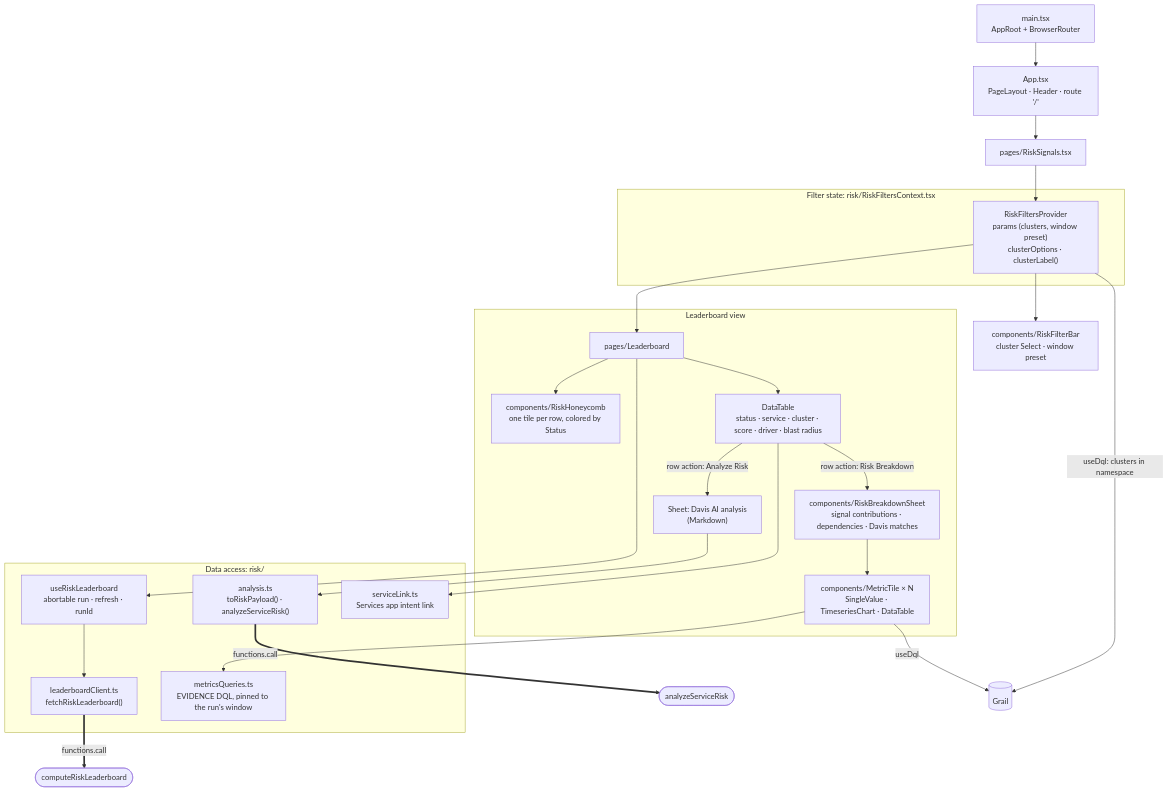
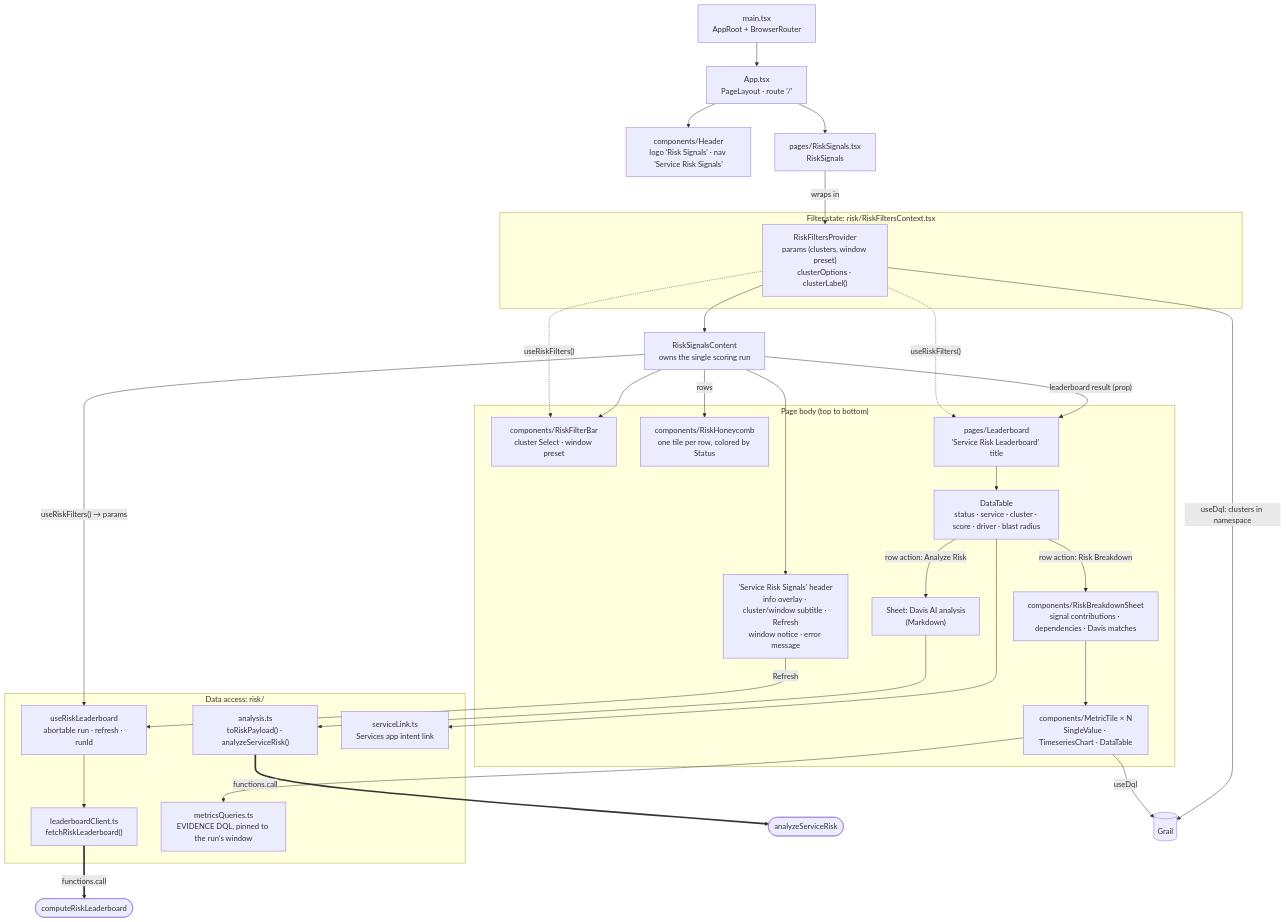
Before and after one commit to JacobPotter/easytrade: the second of 3 diagrams in monaco/risk-signals/README.md, drawn with Mermaid. The commit also changed other lines of this file and 4 other files, not shown here.

First line of the commit message:
refactor(risk-signals): split and streamline RiskSignals page structure

````diff
--- a/monaco/risk-signals/README.md
+++ b/monaco/risk-signals/README.md
@@ -48,39 +48,55 @@
 ```mermaid
 flowchart TB
-  main["main.tsx<br/>AppRoot + BrowserRouter"] --> App["App.tsx<br/>PageLayout · Header · route '/'"]
-  App --> Page["pages/RiskSignals.tsx"]
+  main["main.tsx<br/>AppRoot + BrowserRouter"] --> App["App.tsx<br/>PageLayout · route '/'"]
+  App --> Header["components/Header<br/>logo 'Risk Signals' · nav 'Service Risk Signals'"]
+  App --> Page["pages/RiskSignals.tsx<br/>RiskSignals"]
 
   subgraph State["Filter state: risk/RiskFiltersContext.tsx"]
     Provider["RiskFiltersProvider<br/>params (clusters, window preset)<br/>clusterOptions · clusterLabel()"]
   end
 
-  Page --> Provider
-  Provider --> FilterBar["components/RiskFilterBar<br/>cluster Select · window preset"]
-  Provider --> Board["pages/Leaderboard"]
+  Page -- "wraps in" --> Provider
+  Provider --> Content["RiskSignalsContent<br/>owns the single scoring run"]
 
-  subgraph View["Leaderboard view"]
-    Board --> Honeycomb["components/RiskHoneycomb<br/>one tile per row, colored by Status"]
-    Board --> Table["DataTable<br/>status · service · cluster · score · driver · blast radius"]
-    Table -- "row action: Risk Breakdown" --> Breakdown["components/RiskBreakdownSheet<br/>signal contributions · dependencies · Davis matches"]
-    Table -- "row action: Analyze Risk" --> AISheet["Sheet: Davis AI analysis<br/>(Markdown)"]
-    Breakdown --> Tiles["components/MetricTile × N<br/>SingleValue · TimeseriesChart · DataTable"]
+  subgraph View["Page body (top to bottom)"]
+    FilterBar["components/RiskFilterBar<br/>cluster Select · window preset"]
+    PageHeader["'Service Risk Signals' header<br/>info overlay · cluster/window subtitle · Refresh<br/>window notice · error message"]
+    Honeycomb["components/RiskHoneycomb<br/>one tile per row, colored by Status"]
+    Board["pages/Leaderboard<br/>'Service Risk Leaderboard' title"]
+    Table["DataTable<br/>status · service · cluster · score · driver · blast radius"]
+    Breakdown["components/RiskBreakdownSheet<br/>signal contributions · dependencies · Davis matches"]
+    AISheet["Sheet: Davis AI analysis<br/>(Markdown)"]
+    Tiles["components/MetricTile × N<br/>SingleValue · TimeseriesChart · DataTable"]
   end
+
+  Content --> FilterBar
+  Content --> PageHeader
+  Content -- "rows" --> Honeycomb
+  Content -- "leaderboard result (prop)" --> Board
+  Board --> Table
+  Table -- "row action: Risk Breakdown" --> Breakdown
+  Table -- "row action: Analyze Risk" --> AISheet
+  Breakdown --> Tiles
+
+  Provider -. "useRiskFilters()" .-> FilterBar
+  Provider -. "useRiskFilters()" .-> Board
 
   subgraph Data["Data access: risk/"]
     Hook["useRiskLeaderboard<br/>abortable run · refresh · runId"]
     LClient["leaderboardClient.ts<br/>fetchRiskLeaderboard()"]
     AClient["analysis.ts<br/>toRiskPayload() · analyzeServiceRisk()"]
     Evidence["metricsQueries.ts<br/>EVIDENCE DQL, pinned to the run's window"]
     Link["serviceLink.ts<br/>Services app intent link"]
   end
 
-  Board --> Hook --> LClient
+  Content -- "useRiskFilters() → params" --> Hook --> LClient
+  PageHeader -- "Refresh" --> Hook
   AISheet --> AClient
   Tiles --> Evidence
   Table --> Link
 
   LClient == "functions.call" ==> FnLB(["computeRiskLeaderboard"])
   AClient == "functions.call" ==> FnAI(["analyzeServiceRisk"])
   Provider -- "useDql: clusters in namespace" --> Grail[("Grail")]
   Tiles -- "useDql" --> Grail
 ```
````
